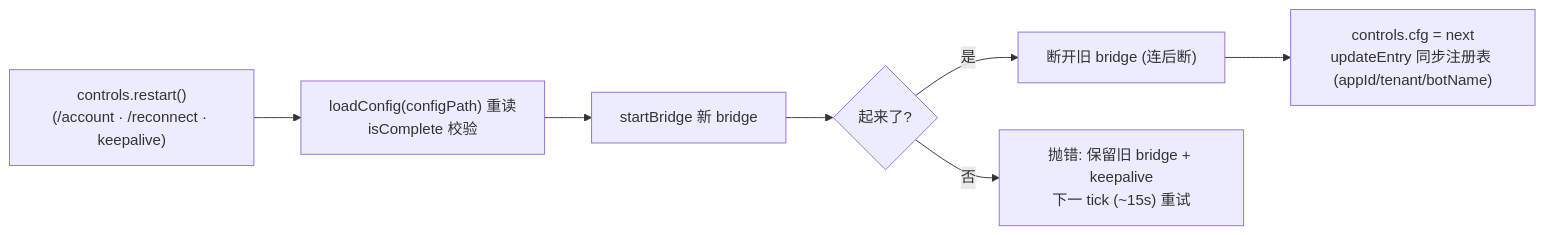
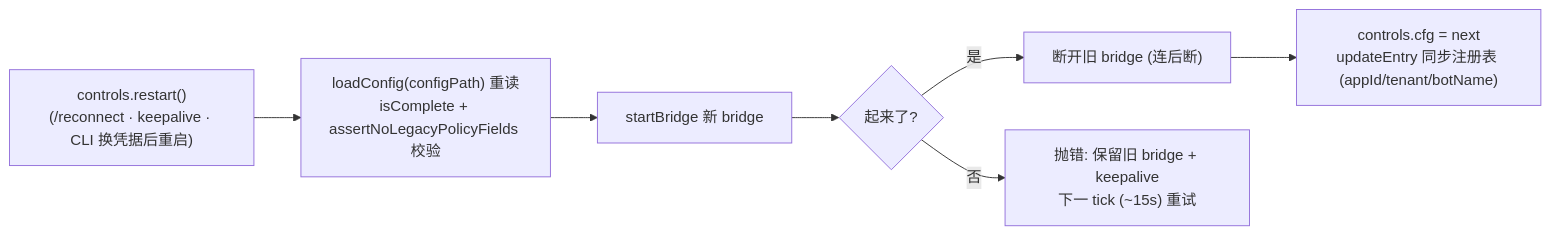
Before and after one commit to sorphwer/feishu-omp-bridge: the fourth of 4 diagrams in how-it-works/11-daemon-cli-runtime.md, drawn with Mermaid. The commit also changed other lines of this file and 15 other files, not shown here.

````diff
--- a/how-it-works/11-daemon-cli-runtime.md
+++ b/how-it-works/11-daemon-cli-runtime.md
@@ -144,9 +142,9 @@
 ```mermaid
 flowchart LR
-  REQ["controls.restart()<br/>(/account · /reconnect · keepalive)"] --> CFG["loadConfig(configPath) 重读<br/>isComplete 校验"]
+  REQ["controls.restart()<br/>(/reconnect · keepalive · CLI 换凭据后重启)"] --> CFG["loadConfig(configPath) 重读<br/>isComplete + assertNoLegacyPolicyFields 校验"]
   CFG --> NEW["startBridge 新 bridge"]
   NEW --> OK{"起来了?"}
   OK -->|"是"| KILL["断开旧 bridge (连后断)"]
   KILL --> SYNC["controls.cfg = next<br/>updateEntry 同步注册表 (appId/tenant/botName)"]
   OK -->|"否"| KEEP["抛错: 保留旧 bridge + keepalive<br/>下一 tick (~15s) 重试"]
 ```
````
